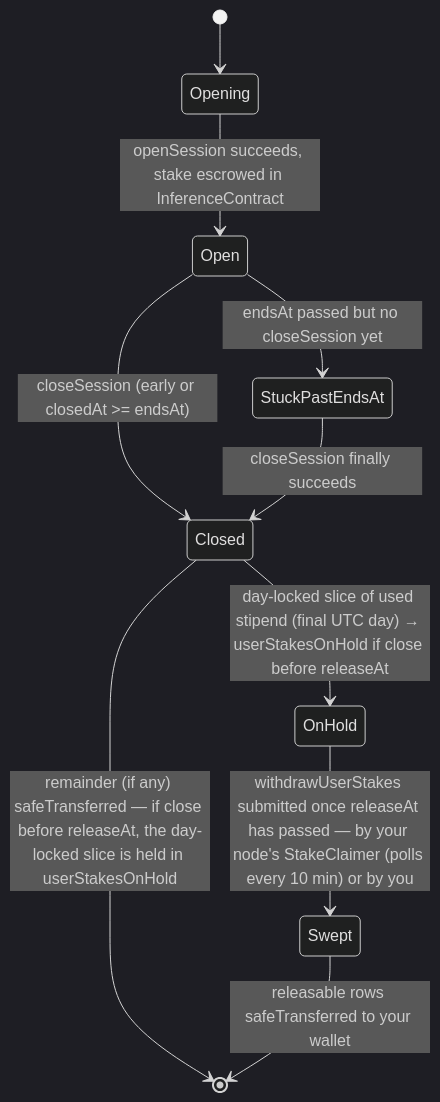
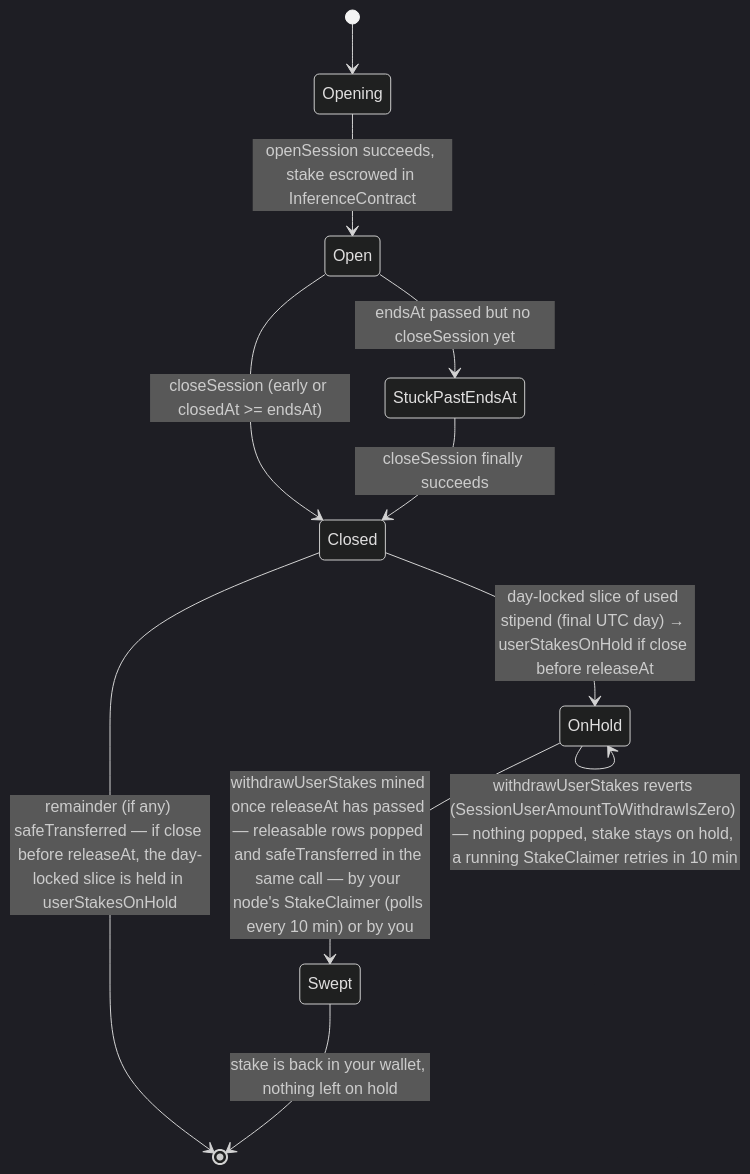
Before and after one commit to cowboycoderhq/Morpheus-Lumerin-Node: the diagram in docs/ai/session-states-open-close-recover.mdx, drawn with Mermaid (dark theme). The commit also changed other lines of this file and 15 other files, not shown here.

````diff
--- a/docs/ai/session-states-open-close-recover.mdx
+++ b/docs/ai/session-states-open-close-recover.mdx
@@ -13,12 +13,13 @@
 ```mermaid
 stateDiagram-v2
   [*] --> Opening
   Opening --> Open: openSession succeeds, stake escrowed in InferenceContract
   Open --> Closed: closeSession (early or closedAt >= endsAt)
   Open --> StuckPastEndsAt: endsAt passed but no closeSession yet
   StuckPastEndsAt --> Closed: closeSession finally succeeds
   Closed --> [*]: remainder (if any) safeTransferred — if close before releaseAt, the day-locked slice is held in userStakesOnHold
   Closed --> OnHold: day-locked slice of used stipend (final UTC day) → userStakesOnHold if close before releaseAt
-  OnHold --> Swept: withdrawUserStakes submitted once releaseAt has passed — by your node's StakeClaimer (polls every 10 min) or by you
-  Swept --> [*]: releasable rows safeTransferred to your wallet
+  OnHold --> OnHold: withdrawUserStakes reverts (SessionUserAmountToWithdrawIsZero) — nothing popped, stake stays on hold, a running StakeClaimer retries in 10 min
+  OnHold --> Swept: withdrawUserStakes mined once releaseAt has passed — releasable rows popped and safeTransferred in the same call — by your node's StakeClaimer (polls every 10 min) or by you
+  Swept --> [*]: stake is back in your wallet, nothing left on hold
 ```
````
